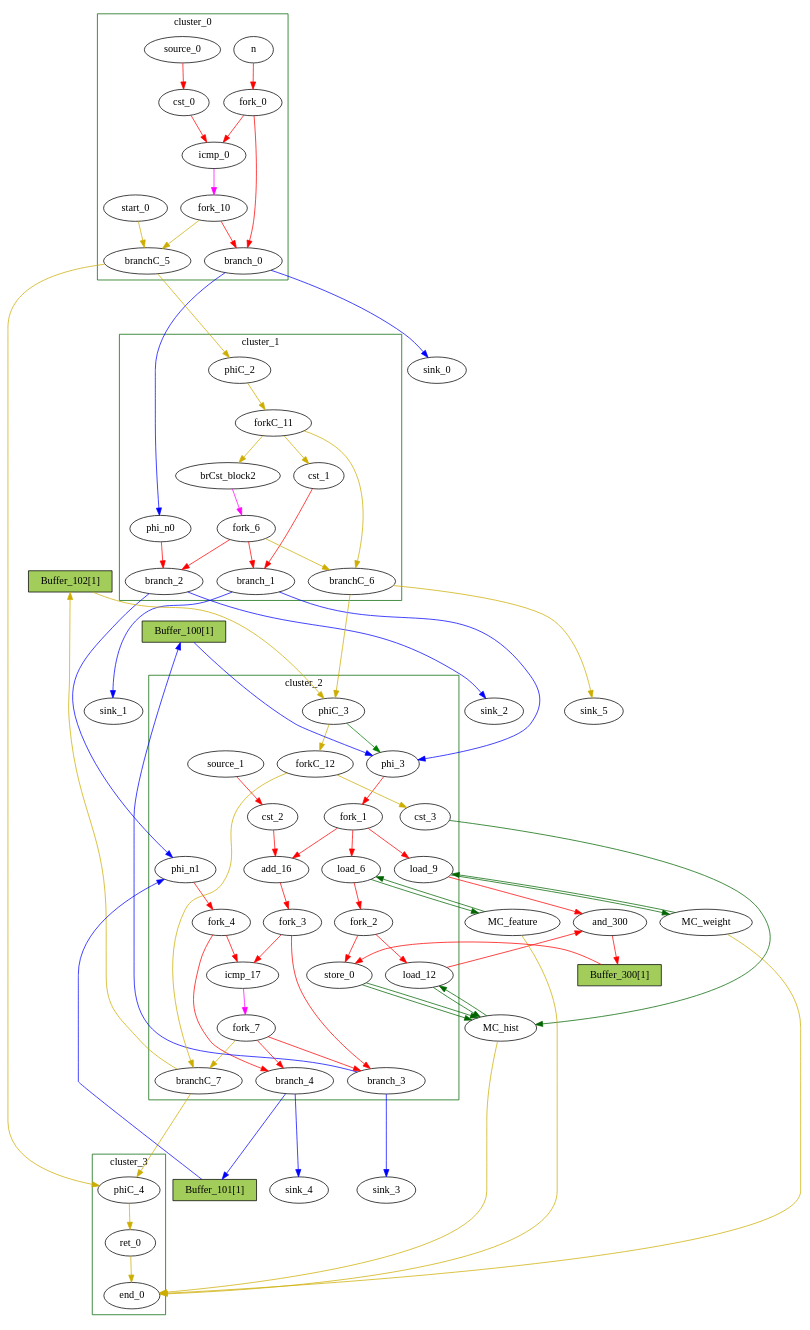
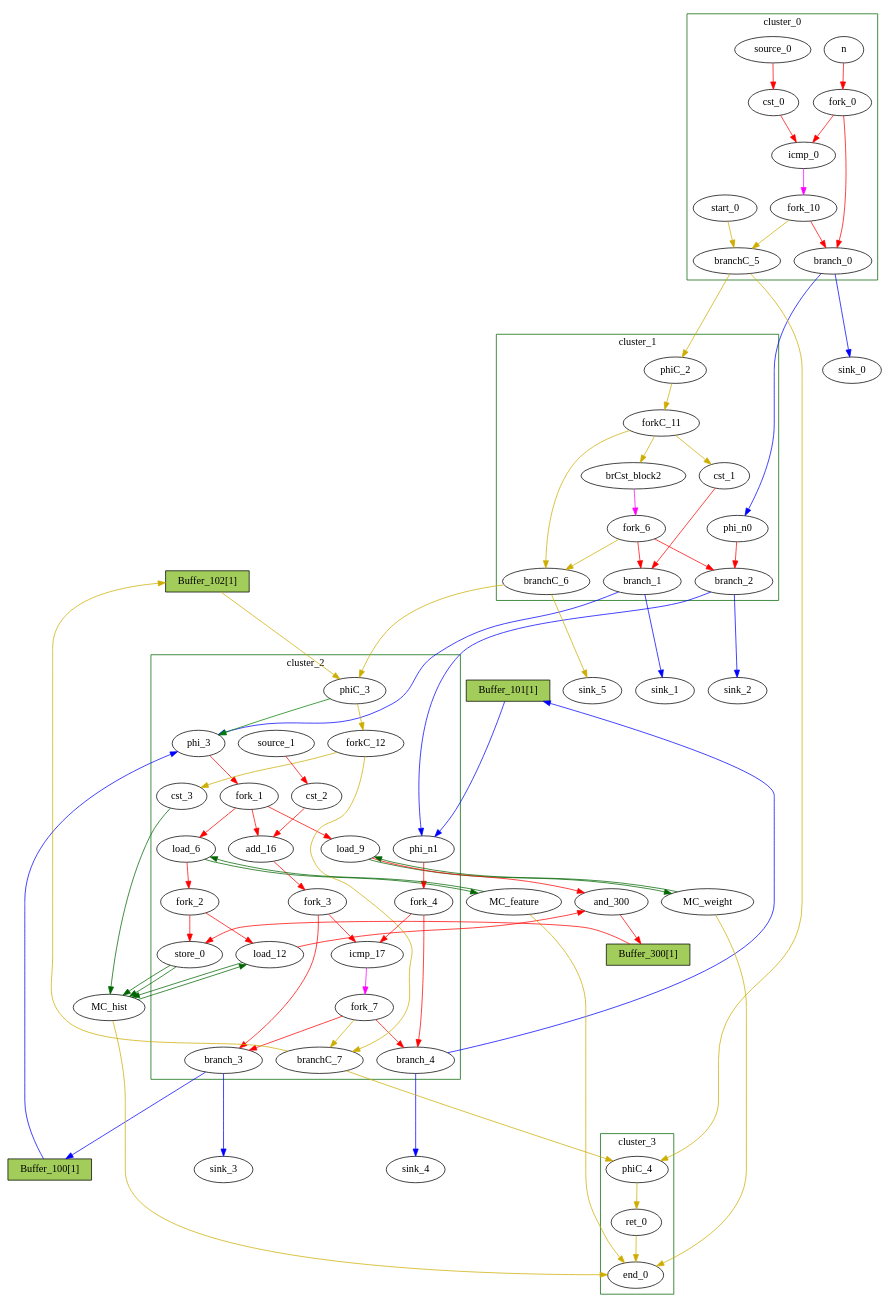
One commit to Nozidoali/MapBuf changed the diagram in RegressionTest/Examples/histogram/reports/histogram_decoy.dot. Above: the diagram before and after it, drawn with Graphviz. The commit also changed other lines of this file and 154 other files, not shown here.

```diff
--- a/RegressionTest/Examples/histogram/reports/histogram_decoy.dot
+++ b/RegressionTest/Examples/histogram/reports/histogram_decoy.dot
@@ -1,154 +1,154 @@
 Digraph G {
 	splines=spline;
+	subgraph cluster_cluster_1 {
+	color = "darkgreen";
+label = "cluster_1";
+		"brCst_block2" [type="Constant", in="in1:1", out="out1:1", bbID=2, value="0x1"];
+		"cst_1" [type="Constant", in="in1:1", out="out1:1", bbID=2, value="0x00000000"];
+		"phi_n0" [type="Merge", in="in1:32 ", out="out1:32", bbID=2, delay=0.0];
+		"branch_1" [type="Branch", in="in1:1 in2?:1", out="out1+:1 out2-:1", bbID=2];
+		"branch_2" [type="Branch", in="in1:32 in2?:1", out="out1+:32 out2-:32", bbID=2];
+		"fork_6" [type="Fork", in="in1:1", out="out1:1 out2:1 out3:1 ", bbID=2];
+		"phiC_2" [type="Merge", in="in1:0 ", out="out1:0", bbID=2, delay=0.0];
+		"forkC_11" [type="Fork", in="in1:0", out="out1:0 out2:0 out3:0 ", bbID=2];
+		"branchC_6" [type="Branch", in="in1:0 in2?:1", out="out1+:0 out2-:0", bbID=2];
+	}
 	subgraph cluster_cluster_2 {
 	color = "darkgreen";
 label = "cluster_2";
 		"phi_3" [type="Mux", in="in1?:1 in2:31 in3:31 ", out="out1:31", bbID=3, delay=1.397];
 		"load_6" [type="Operator", in="in1:32 in2:31 ", out="out1:32 out2:31 ", bbID=3, II=1, delay=1.412, latency=2, op="mc_load_op", portId=0];
 		"load_9" [type="Operator", in="in1:32 in2:31 ", out="out1:32 out2:31 ", bbID=3, II=1, delay=1.412, latency=2, op="mc_load_op", portId=0];
 		"load_12" [type="Operator", in="in1:32 in2:32 ", out="out1:32 out2:32 ", bbID=3, II=1, delay=1.412, latency=2, op="mc_load_op", portId=0];
 		"store_0" [type="Operator", in="in1:32 in2:32 ", out="out1:32 out2:32 ", bbID=3, II=1, delay=0.672, latency=0, op="mc_store_op", portId=0];
 		"cst_2" [type="Constant", in="in1:1", out="out1:1", bbID=3, value="0x00000001"];
 		"add_16" [type="Operator", in="in1:31 in2:31 ", out="out1:31 ", bbID=3, II=1, delay=2.287, latency=0, op="add_op"];
 		"icmp_17" [type="Operator", in="in1:32 in2:32 ", out="out1:1 ", bbID=3, II=1, delay=1.907, latency=0, op="icmp_slt_op"];
 		"phi_n1" [type="Merge", in="in1:32 in2:32 ", out="out1:32", bbID=3, delay=1.397];
 		"fork_1" [type="Fork", in="in1:31", out="out1:31 out2:31 out3:31 ", bbID=3];
 		"fork_2" [type="Fork", in="in1:32", out="out1:32 out2:32 ", bbID=3];
 		"fork_3" [type="Fork", in="in1:31", out="out1:31 out2:31 ", bbID=3];
 		"fork_4" [type="Fork", in="in1:32", out="out1:32 out2:32 ", bbID=3];
 		"branch_3" [type="Branch", in="in1:31 in2?:1", out="out1+:31 out2-:31", bbID=3];
 		"branch_4" [type="Branch", in="in1:32 in2?:1", out="out1+:32 out2-:32", bbID=3];
 		"fork_7" [type="Fork", in="in1:1", out="out1:1 out2:1 out3:1 ", bbID=3];
 		"cst_3" [type="Constant", in="in1:1", out="out1:1", bbID=3, value="0x00000001"];
 		"phiC_3" [type="CntrlMerge", in="in1:0 in2:0 ", out="out1:0 out2?:1", bbID=3, delay=0.0];
 		"forkC_12" [type="Fork", in="in1:0", out="out1:0 out2:0 ", bbID=3];
 		"branchC_7" [type="Branch", in="in1:0 in2?:1", out="out1+:0 out2-:0", bbID=3];
 		"source_1" [type="Source", out="out1:1", bbID=3];
 	}
 	subgraph cluster_cluster_0 {
 	color = "darkgreen";
 label = "cluster_0";
 		"n" [type="Entry", in="in1:32", out="out1:32", bbID=1];
 		"cst_0" [type="Constant", in="in1:1", out="out1:1", bbID=1, value="0x00000000"];
 		"icmp_0" [type="Operator", in="in1:32 in2:32 ", out="out1:1 ", bbID=1, II=1, delay=1.907, latency=0, op="icmp_sgt_op"];
 		"fork_0" [type="Fork", in="in1:32", out="out1:32 out2:32 ", bbID=1];
 		"branch_0" [type="Branch", in="in1:32 in2?:1", out="out1+:32 out2-:32", bbID=1];
 		"start_0" [type="Entry", in="in1:0", out="out1:0", bbID=1, control="true"];
 		"branchC_5" [type="Branch", in="in1:0 in2?:1", out="out1+:0 out2-:0", bbID=1];
 		"fork_10" [type="Fork", in="in1:1", out="out1:1 out2:1 ", bbID=1];
 		"source_0" [type="Source", out="out1:1", bbID=1];
 	}
 	subgraph cluster_cluster_3 {
 	color = "darkgreen";
 label = "cluster_3";
 		"ret_0" [type="Operator", in="in1:0 ", out="out1:0 ", bbID=4, II=1, delay=0.0, latency=0, op="ret_op"];
 		"end_0" [type="Exit", in="in1:0*e in2:0*e in3:0*e in4:0 ", out="out1:0", bbID=0];
 		"phiC_4" [type="Merge", in="in1:0 in2:0 ", out="out1:0", bbID=4, delay=0.0];
-	}
-	subgraph cluster_cluster_1 {
-	color = "darkgreen";
-label = "cluster_1";
-		"brCst_block2" [type="Constant", in="in1:1", out="out1:1", bbID=2, value="0x1"];
-		"cst_1" [type="Constant", in="in1:1", out="out1:1", bbID=2, value="0x00000000"];
-		"phi_n0" [type="Merge", in="in1:32 ", out="out1:32", bbID=2, delay=0.0];
-		"branch_1" [type="Branch", in="in1:1 in2?:1", out="out1+:1 out2-:1", bbID=2];
-		"branch_2" [type="Branch", in="in1:32 in2?:1", out="out1+:32 out2-:32", bbID=2];
-		"fork_6" [type="Fork", in="in1:1", out="out1:1 out2:1 out3:1 ", bbID=2];
-		"phiC_2" [type="Merge", in="in1:0 ", out="out1:0", bbID=2, delay=0.0];
-		"forkC_11" [type="Fork", in="in1:0", out="out1:0 out2:0 out3:0 ", bbID=2];
-		"branchC_6" [type="Branch", in="in1:0 in2?:1", out="out1+:0 out2-:0", bbID=2];
 	}
 		"MC_feature" [type="MC", in="in1:31*l0a ", out="out1:32*l0d out2:0*e ", bbID=0, bbcount=0, ldcount=1, memory="feature", stcount=0];
 		"MC_weight" [type="MC", in="in1:31*l0a ", out="out1:32*l0d out2:0*e ", bbID=0, bbcount=0, ldcount=1, memory="weight", stcount=0];
 		"MC_hist" [type="MC", in="in1:32*c0 in2:32*l0a in3:32*s0a in4:32*s0d ", out="out1:32*l0d out2:0*e ", bbID=0, bbcount=1, ldcount=1, memory="hist", stcount=1];
 		"sink_0" [type="Sink", in="in1:32", bbID=0];
 		"sink_1" [type="Sink", in="in1:1", bbID=0];
 		"sink_2" [type="Sink", in="in1:32", bbID=0];
 		"sink_3" [type="Sink", in="in1:31", bbID=0];
 		"sink_4" [type="Sink", in="in1:32", bbID=0];
 		"sink_5" [type="Sink", in="in1:0", bbID=0];
 		"Buffer_100" [type="Buffer", in="in1:32", out="out1:32", bbID=3, fillcolor="darkolivegreen3", height=0.4, label="Buffer_100[1]", shape="box", slots=1, style="filled", transparent="false"];
 		"Buffer_101" [type="Buffer", in="in1:32", out="out1:32", bbID=3, fillcolor="darkolivegreen3", height=0.4, label="Buffer_101[1]", shape="box", slots=1, style="filled", transparent="false"];
 		"Buffer_102" [type="Buffer", in="in1:32", out="out1:32", bbID=3, fillcolor="darkolivegreen3", height=0.4, label="Buffer_102[1]", shape="box", slots=1, style="filled", transparent="false"];
 		"and_300" [type="Operator", in="in1:32 in2:32 ", out="out1:32 ", bbID=3, II=1, delay=0.0, latency=10, op="and_op"];
 		"Buffer_300" [type="Buffer", in="in1:32", out="out1:32", bbID=3, fillcolor="darkolivegreen3", height=0.4, label="Buffer_300[1]", shape="box", slots=1, style="filled", transparent="false"];
 		"n" -> "fork_0" [color = "red", from = "out1", to = "in1"];
 		"cst_0" -> "icmp_0" [color = "red", from = "out1", to = "in2"];
 		"icmp_0" -> "fork_10" [color = "magenta", from = "out1", to = "in1"];
 		"brCst_block2" -> "fork_6" [color = "magenta", from = "out1", to = "in1"];
 		"cst_1" -> "branch_1" [color = "red", from = "out1", to = "in1"];
 		"phi_3" -> "fork_1" [color = "red", from = "out1", to = "in1"];
 		"load_6" -> "fork_2" [color = "red", from = "out1", to = "in1"];
 		"load_6" -> "MC_feature" [color = "darkgreen", mem_address = "true", from = "out2", to = "in1"];
 		"load_9" -> "MC_weight" [color = "darkgreen", mem_address = "true", from = "out2", to = "in1"];
 		"load_9" -> "and_300" [color = "red", from = "out1", to = "in2"];
 		"load_12" -> "MC_hist" [color = "darkgreen", mem_address = "true", from = "out2", to = "in2"];
 		"load_12" -> "and_300" [color = "red", from = "out1", to = "in1"];
 		"store_0" -> "MC_hist" [color = "darkgreen", mem_address = "true", from = "out2", to = "in3"];
 		"store_0" -> "MC_hist" [color = "darkgreen", mem_address = "false", from = "out1", to = "in4"];
 		"cst_2" -> "add_16" [color = "red", from = "out1", to = "in2"];
 		"add_16" -> "fork_3" [color = "red", from = "out1", to = "in1"];
 		"icmp_17" -> "fork_7" [color = "magenta", from = "out1", to = "in1"];
 		"ret_0" -> "end_0" [color = "gold3", from = "out1", to = "in4"];
 		"phi_n0" -> "branch_2" [color = "red", from = "out1", to = "in1"];
 		"phi_n1" -> "fork_4" [color = "red", from = "out1", to = "in1"];
 		"fork_0" -> "icmp_0" [color = "red", from = "out1", to = "in1"];
 		"fork_0" -> "branch_0" [color = "red", from = "out2", to = "in1"];
 		"fork_1" -> "load_6" [color = "red", from = "out2", to = "in2"];
 		"fork_1" -> "load_9" [color = "red", from = "out3", to = "in2"];
 		"fork_1" -> "add_16" [color = "red", from = "out1", to = "in1"];
 		"fork_2" -> "load_12" [color = "red", from = "out1", to = "in2"];
 		"fork_2" -> "store_0" [color = "red", from = "out2", to = "in2"];
 		"fork_3" -> "icmp_17" [color = "red", from = "out1", to = "in1"];
 		"fork_3" -> "branch_3" [color = "red", from = "out2", to = "in1"];
 		"fork_4" -> "icmp_17" [color = "red", from = "out1", to = "in2"];
 		"fork_4" -> "branch_4" [color = "red", from = "out2", to = "in1"];
 		"branch_0" -> "phi_n0" [color = "blue", from = "out1", to = "in1", minlen = 3];
 		"branch_0" -> "sink_0" [color = "blue", from = "out2", to = "in1", minlen = 3];
 		"branch_1" -> "phi_3" [color = "blue", from = "out1", to = "in2", minlen = 3];
 		"branch_1" -> "sink_1" [color = "blue", from = "out2", to = "in1", minlen = 3];
 		"branch_2" -> "phi_n1" [color = "blue", from = "out1", to = "in1", minlen = 3];
 		"branch_2" -> "sink_2" [color = "blue", from = "out2", to = "in1", minlen = 3];
 		"fork_6" -> "branch_1" [color = "red", from = "out2", to = "in2"];
 		"fork_6" -> "branch_2" [color = "red", from = "out1", to = "in2"];
 		"fork_6" -> "branchC_6" [color = "gold3", from = "out3", to = "in2"];
 		"branch_3" -> "sink_3" [color = "blue", from = "out2", to = "in1", minlen = 3];
 		"branch_3" -> "Buffer_100" [color = "blue", from = "out1", to = "in1", minlen = 3];
 		"branch_4" -> "sink_4" [color = "blue", from = "out2", to = "in1", minlen = 3];
 		"branch_4" -> "Buffer_101" [color = "blue", from = "out1", to = "in1", minlen = 3];
 		"fork_7" -> "branch_3" [color = "red", from = "out2", to = "in2"];
 		"fork_7" -> "branch_4" [color = "red", from = "out1", to = "in2"];
 		"fork_7" -> "branchC_7" [color = "gold3", from = "out3", to = "in2"];
 		"MC_feature" -> "load_6" [color = "darkgreen", mem_address = "false", from = "out1", to = "in1"];
 		"MC_feature" -> "end_0" [color = "gold3", from = "out2", to = "in1"];
 		"MC_weight" -> "load_9" [color = "darkgreen", mem_address = "false", from = "out1", to = "in1"];
 		"MC_weight" -> "end_0" [color = "gold3", from = "out2", to = "in2"];
 		"MC_hist" -> "load_12" [color = "darkgreen", mem_address = "false", from = "out1", to = "in1"];
 		"MC_hist" -> "end_0" [color = "gold3", from = "out2", to = "in3"];
 		"cst_3" -> "MC_hist" [color = "darkgreen", from = "out1", to = "in1"];
 		"start_0" -> "branchC_5" [color = "gold3", from = "out1", to = "in1"];
 		"branchC_5" -> "phiC_2" [color = "gold3", from = "out1", to = "in1", minlen = 3];
 		"branchC_5" -> "phiC_4" [color = "gold3", from = "out2", to = "in1", minlen = 3];
 		"fork_10" -> "branch_0" [color = "red", from = "out1", to = "in2"];
 		"fork_10" -> "branchC_5" [color = "gold3", from = "out2", to = "in2"];
 		"phiC_2" -> "forkC_11" [color = "gold3", from = "out1", to = "in1"];
 		"forkC_11" -> "brCst_block2" [color = "gold3", from = "out3", to = "in1"];
 		"forkC_11" -> "cst_1" [color = "gold3", from = "out1", to = "in1"];
 		"forkC_11" -> "branchC_6" [color = "gold3", from = "out2", to = "in1"];
 		"branchC_6" -> "phiC_3" [color = "gold3", from = "out1", to = "in1", minlen = 3];
 		"branchC_6" -> "sink_5" [color = "gold3", from = "out2", to = "in1", minlen = 3];
 		"phiC_3" -> "phi_3" [color = "green", from = "out2", to = "in1"];
 		"phiC_3" -> "forkC_12" [color = "gold3", from = "out1", to = "in1"];
 		"forkC_12" -> "cst_3" [color = "gold3", from = "out1", to = "in1"];
 		"forkC_12" -> "branchC_7" [color = "gold3", from = "out2", to = "in1"];
 		"branchC_7" -> "phiC_4" [color = "gold3", from = "out2", to = "in2", minlen = 3];
 		"branchC_7" -> "Buffer_102" [color = "gold3", from = "out1", to = "in1", minlen = 3];
 		"phiC_4" -> "ret_0" [color = "gold3", from = "out1", to = "in1"];
 		"source_0" -> "cst_0" [color = "red", from = "out1", to = "in1"];
 		"source_1" -> "cst_2" [color = "red", from = "out1", to = "in1"];
 		"Buffer_100" -> "phi_3" [color = "blue", from = "out1", to = "in3", minlen = 3];
 		"Buffer_101" -> "phi_n1" [color = "blue", from = "out1", to = "in2", minlen = 3];
 		"Buffer_102" -> "phiC_3" [color = "gold3", from = "out1", to = "in2", minlen = 3];
 		"and_300" -> "Buffer_300" [color = "red", from = "out1", to = "in1"];
 		"Buffer_300" -> "store_0" [color = "red", from = "out1", to = "in1"];
 }
```
